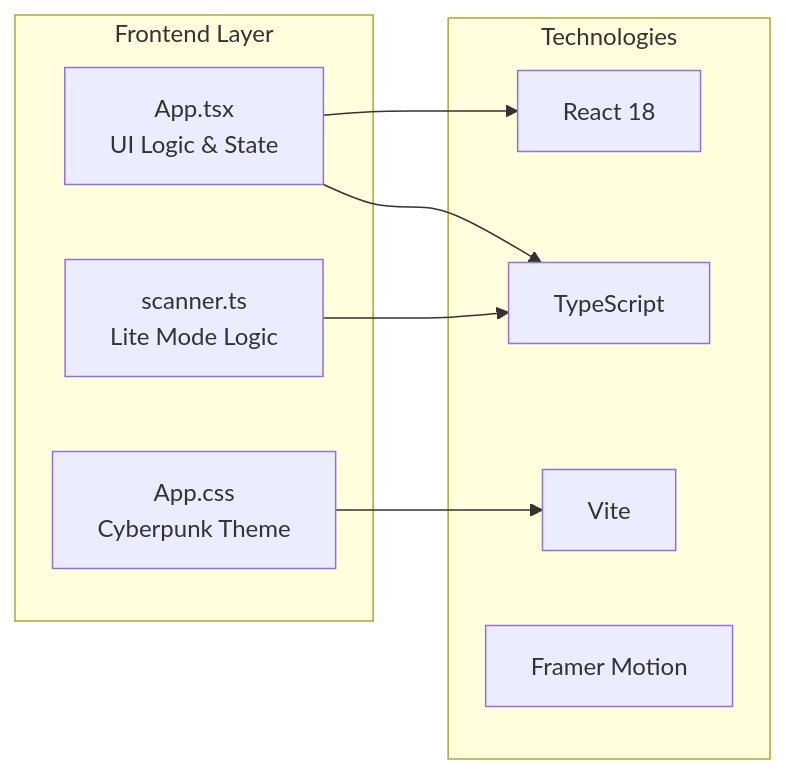
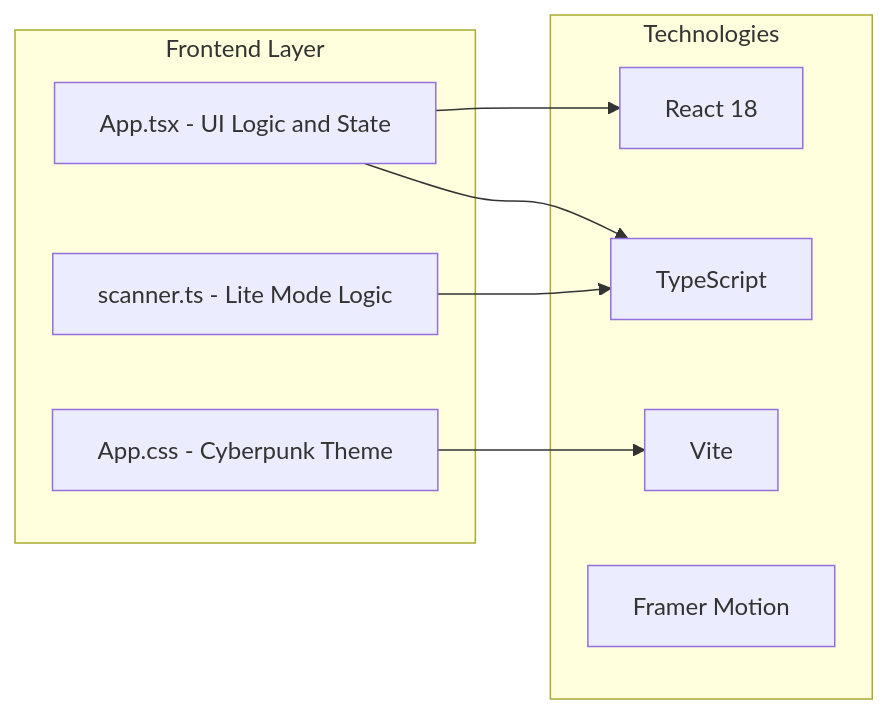
The second of 11 diagrams in architecture/HLD.md (alamshoaib134/git-secret-scanner), drawn with Mermaid before and after one commit. The commit also changed other lines of this file and 1 other file, not shown here.

First line of the commit message:
Fix Mermaid syntax errors in architecture diagrams

````diff
--- a/architecture/HLD.md
+++ b/architecture/HLD.md
@@ -46,20 +46,20 @@
 ```mermaid
 graph LR
     subgraph Frontend["Frontend Layer"]
-        APP[App.tsx<br/>UI Logic & State]
-        CSS[App.css<br/>Cyberpunk Theme]
-        SCAN[scanner.ts<br/>Lite Mode Logic]
+        APP["App.tsx - UI Logic and State"]
+        CSS["App.css - Cyberpunk Theme"]
+        SCAN["scanner.ts - Lite Mode Logic"]
     end
 
     subgraph Tech["Technologies"]
-        REACT[React 18]
-        TS[TypeScript]
-        VITE[Vite]
-        MOTION[Framer Motion]
+        REACT["React 18"]
+        TS["TypeScript"]
+        VITE["Vite"]
+        MOTION["Framer Motion"]
     end
 
     APP --> REACT
     APP --> TS
     CSS --> VITE
     SCAN --> TS
 ```
````
